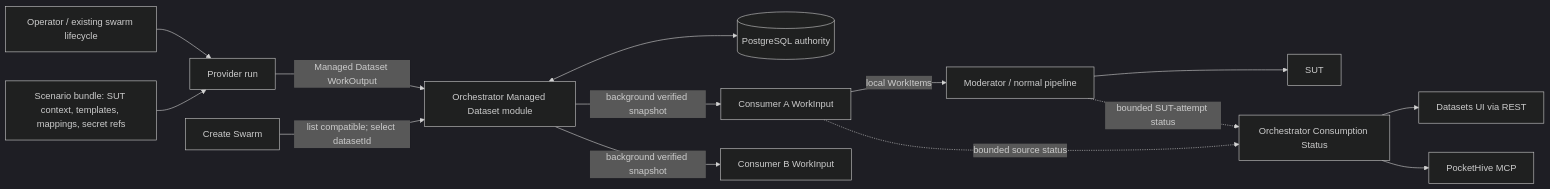
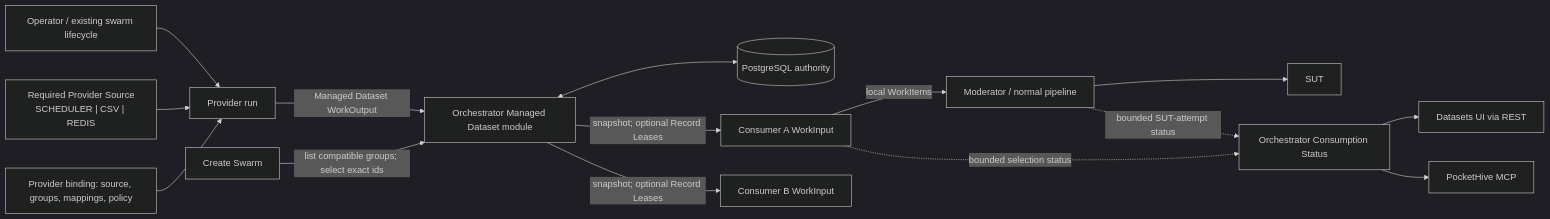
One commit to sepa79/PocketHive changed the diagram in docs/inProgress/managed-test-data-lifecycle-generic-spec.md. Above: the diagram before and after it, drawn with Mermaid (dark theme). The commit also changed other lines of this file and 2 other files, not shown here.

````diff
--- a/docs/inProgress/managed-test-data-lifecycle-generic-spec.md
+++ b/docs/inProgress/managed-test-data-lifecycle-generic-spec.md
@@ -117,16 +175,17 @@
 ```mermaid
 flowchart LR
   OP["Operator / existing swarm lifecycle"] --> P["Provider run"]
-  B["Scenario bundle: SUT context, templates, mappings, secret refs"] --> P
+  PS["Required Provider Source<br/>SCHEDULER | CSV | REDIS"] --> P
+  B["Provider binding: source, groups, mappings, policy"] --> P
   P -->|"Managed Dataset WorkOutput"| MD["Orchestrator Managed Dataset module"]
   MD <--> PG[("PostgreSQL authority")]
-  CS["Create Swarm"] -->|"list compatible; select datasetId"| MD
-  MD -->|"background verified snapshot"| C1["Consumer A WorkInput"]
-  MD -->|"background verified snapshot"| C2["Consumer B WorkInput"]
+  CS["Create Swarm"] -->|"list compatible groups; select exact ids"| MD
+  MD -->|"snapshot; optional Record Leases"| C1["Consumer A WorkInput"]
+  MD -->|"snapshot; optional Record Leases"| C2["Consumer B WorkInput"]
   C1 -->|"local WorkItems"| M["Moderator / normal pipeline"]
   M --> SUT["SUT"]
-  C1 -.->|"bounded source status"| O["Orchestrator Consumption Status"]
+  C1 -.->|"bounded selection status"| O["Orchestrator Consumption Status"]
   M -.->|"bounded SUT-attempt status"| O
   O --> UI["Datasets UI via REST"]
   O --> MCP["PocketHive MCP"]
 ```
````
